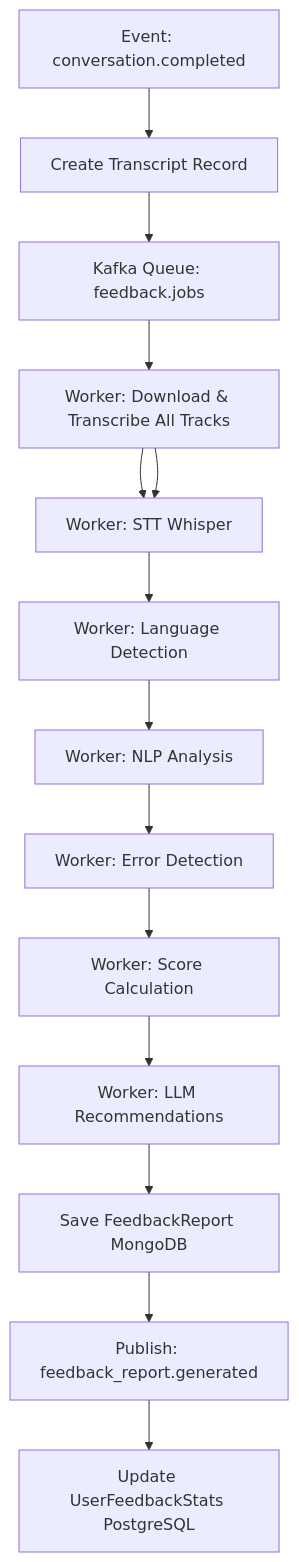
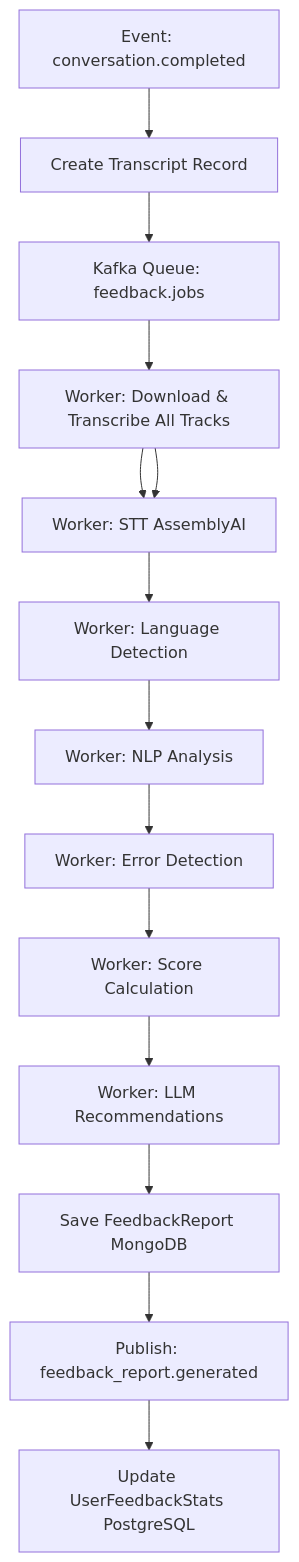
Before and after one commit to we-speak-org/wespeak-specifications: the second of 2 diagrams in services/04-feedback-service.md, drawn with Mermaid. The commit also changed other lines of this file and 5 other files, not shown here.

Commit message:
docs: replace Whisper with AssemblyAI in feedback-service specs

````diff
--- a/services/04-feedback-service.md
+++ b/services/04-feedback-service.md
@@ -790,16 +791,16 @@
 ```mermaid
 graph TD
     A[Event: conversation.completed] --> B[Create Transcript Record]
     B --> C[Kafka Queue: feedback.jobs]
     C --> D[Worker: Download & Transcribe All Tracks]
     D --> E[Worker: Merge Transcripts]
-    D --> E[Worker: STT Whisper]
+    D --> E[Worker: STT AssemblyAI]
     E --> F[Worker: Language Detection]
     F --> G[Worker: NLP Analysis]
     G --> H[Worker: Error Detection]
     H --> I[Worker: Score Calculation]
     I --> J[Worker: LLM Recommendations]
     J --> K[Save FeedbackReport MongoDB]
     K --> L[Publish: feedback_report.generated]
     L --> M[Update UserFeedbackStats PostgreSQL]
 ```
````
